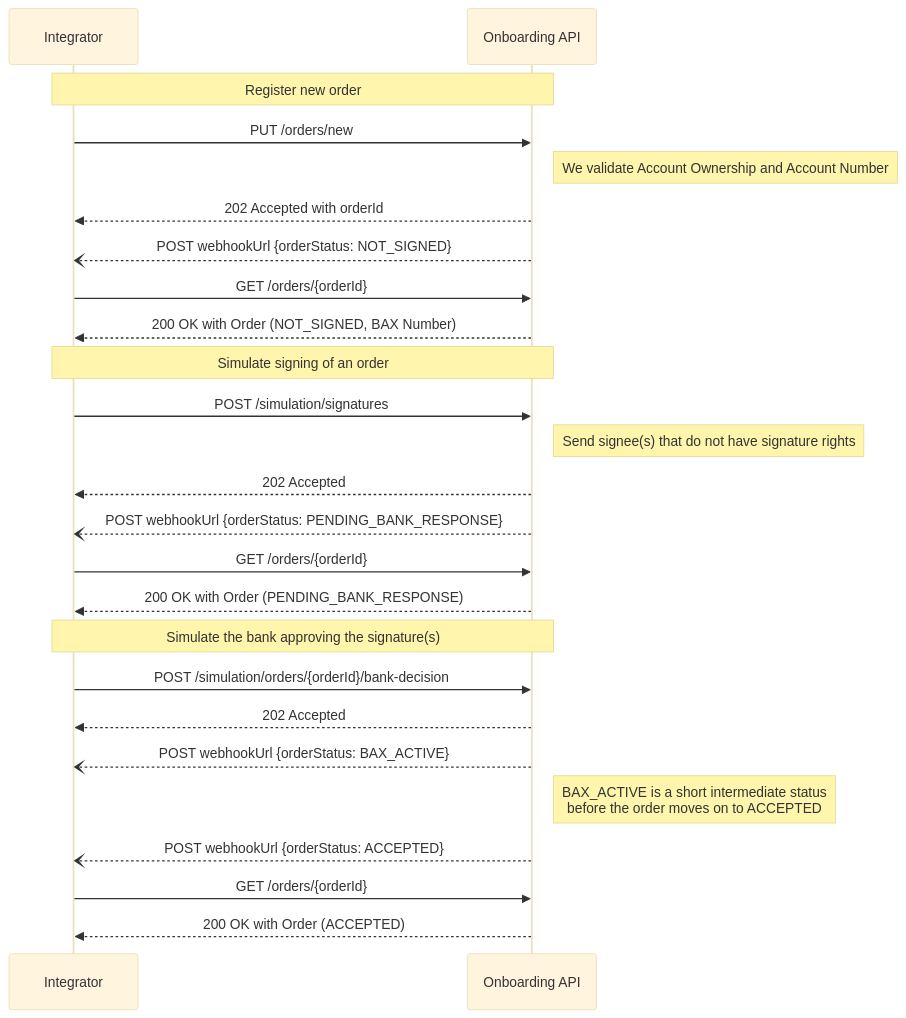
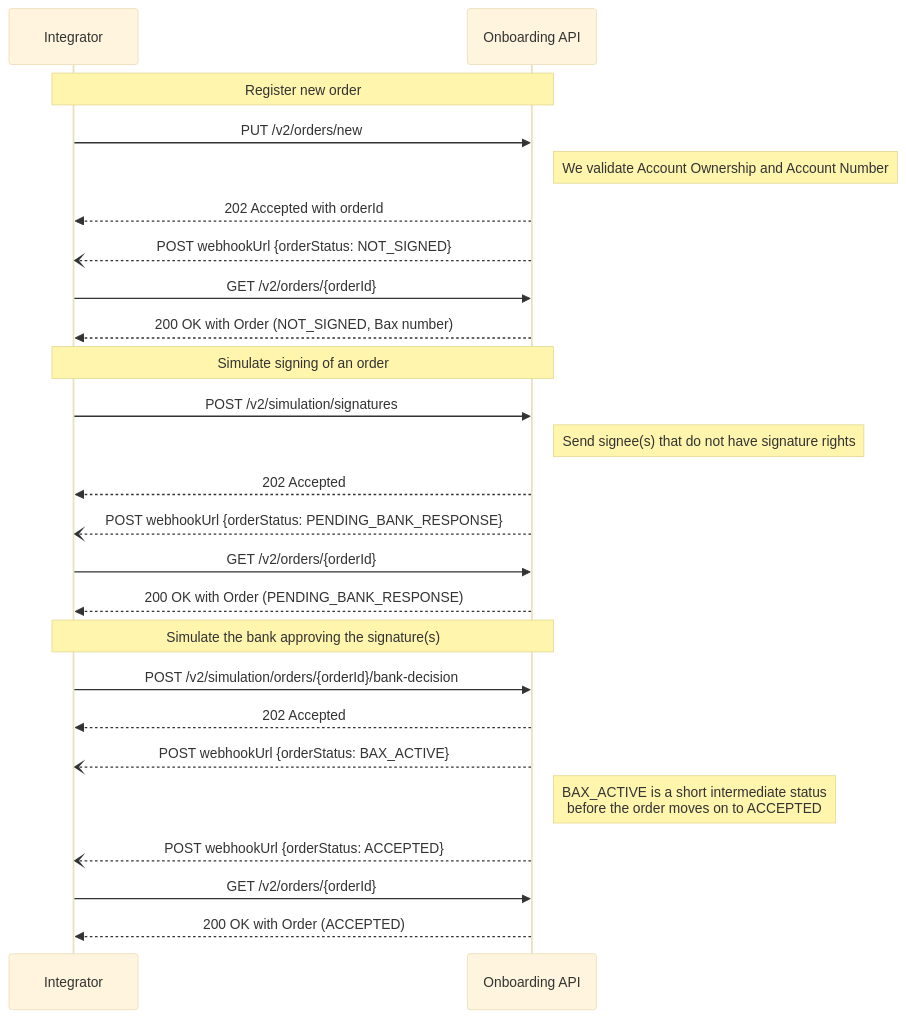
The second of 3 diagrams in docs/test_flows.md (BankAxept/bankaxept-onboarding-external-documentation), drawn with Mermaid (base theme) before and after one commit. The commit also changed other lines of this file and 7 other files, not shown here.

````diff
--- a/docs/test_flows.md
+++ b/docs/test_flows.md
@@ -37,33 +37,33 @@
 ```mermaid
 sequenceDiagram
 participant I as Integrator
 participant O as Onboarding API
 
 note over I, O: Register new order
-I ->> O: PUT /orders/new
+I ->> O: PUT /v2/orders/new
 note right of O: We validate Account Ownership and Account Number
 O -->> I: 202 Accepted with orderId
 
 O --) I: POST webhookUrl {orderStatus: NOT_SIGNED}
-I ->> O : GET /orders/{orderId}
-O -->> I: 200 OK with Order (NOT_SIGNED, BAX Number)
+I ->> O : GET /v2/orders/{orderId}
+O -->> I: 200 OK with Order (NOT_SIGNED, Bax number)
 
 note over I, O: Simulate signing of an order
-I ->> O: POST /simulation/signatures
+I ->> O: POST /v2/simulation/signatures
 note right of O: Send signee(s) that do not have signature rights
 O -->> I: 202 Accepted
 
 O --) I: POST webhookUrl {orderStatus: PENDING_BANK_RESPONSE}
-I ->> O : GET /orders/{orderId}
+I ->> O : GET /v2/orders/{orderId}
 O -->> I: 200 OK with Order (PENDING_BANK_RESPONSE)
 
 note over I, O: Simulate the bank approving the signature(s)
-I ->> O: POST /simulation/orders/{orderId}/bank-decision
+I ->> O: POST /v2/simulation/orders/{orderId}/bank-decision
 O -->> I: 202 Accepted
 
 O --) I: POST webhookUrl {orderStatus: BAX_ACTIVE}
 note right of O: BAX_ACTIVE is a short intermediate status <br/> before the order moves on to ACCEPTED
 O --) I: POST webhookUrl {orderStatus: ACCEPTED}
-I ->> O : GET /orders/{orderId}
+I ->> O : GET /v2/orders/{orderId}
 O -->> I: 200 OK with Order (ACCEPTED)
 ```
````
